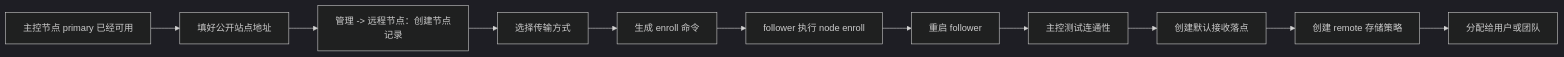
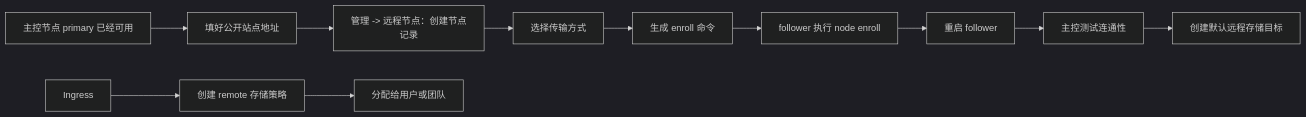
The diagram in docs/guide/remote-nodes.md (EleProCoress/AsterDrive), drawn with Mermaid (dark theme) before and after one commit. The commit also changed other lines of this file and 61 other files, not shown here.

````diff
--- a/docs/guide/remote-nodes.md
+++ b/docs/guide/remote-nodes.md
@@ -35,13 +35,13 @@
 ```mermaid
 flowchart LR
   Ready["主控节点 primary 已经可用"] --> PublicUrl["填好公开站点地址"]
   PublicUrl --> CreateNode["管理 -> 远程节点：创建节点记录"]
   CreateNode --> Transport["选择传输方式"]
   Transport --> EnrollCommand["生成 enroll 命令"]
   EnrollCommand --> Enroll["follower 执行 node enroll"]
   Enroll --> Restart["重启 follower"]
   Restart --> Connectivity["主控测试连通性"]
-  Connectivity --> Ingress["创建默认接收落点"]
+  Connectivity --> Target["创建默认远程存储目标"]
   Ingress --> Policy["创建 remote 存储策略"]
   Policy --> Assign["分配给用户或团队"]
 ```
````
